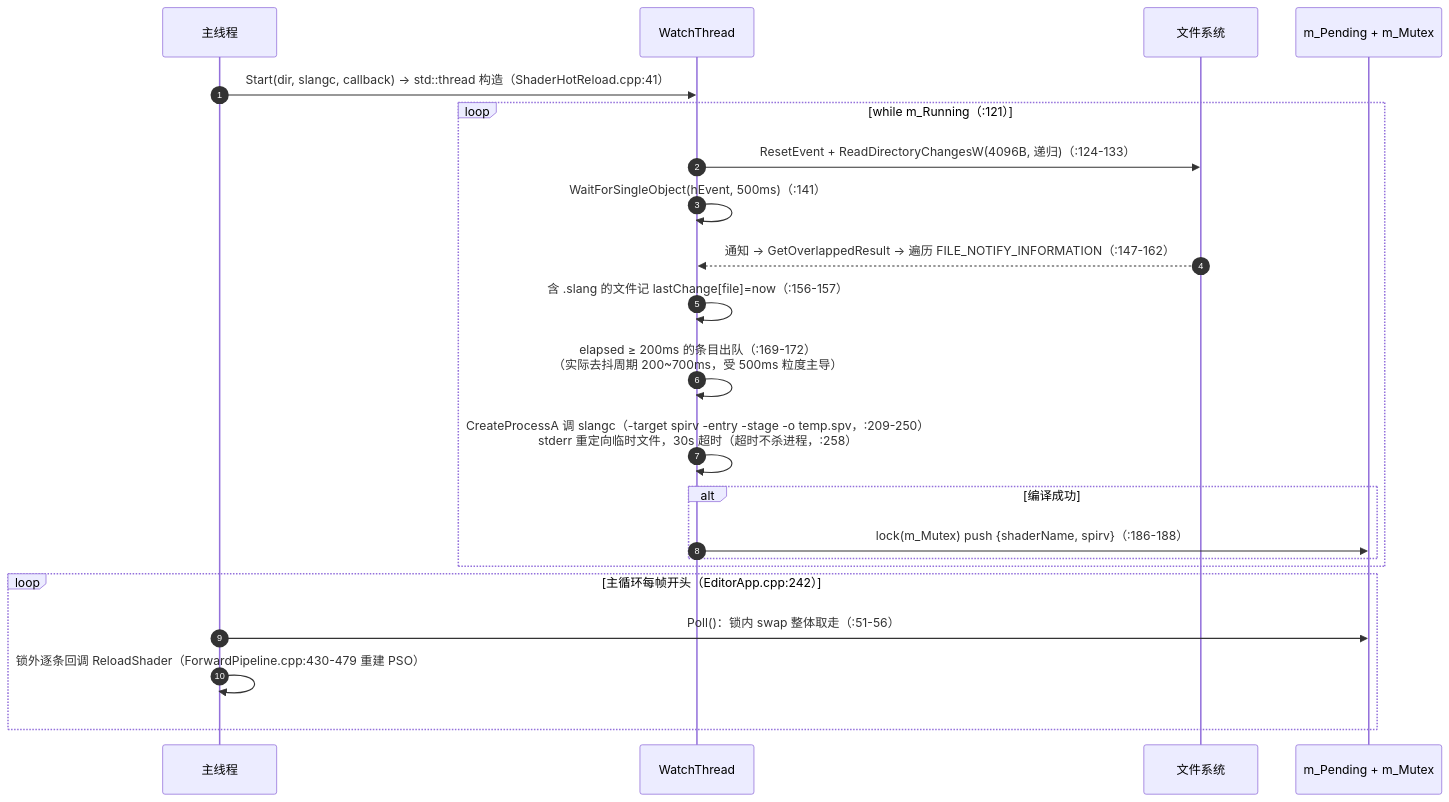
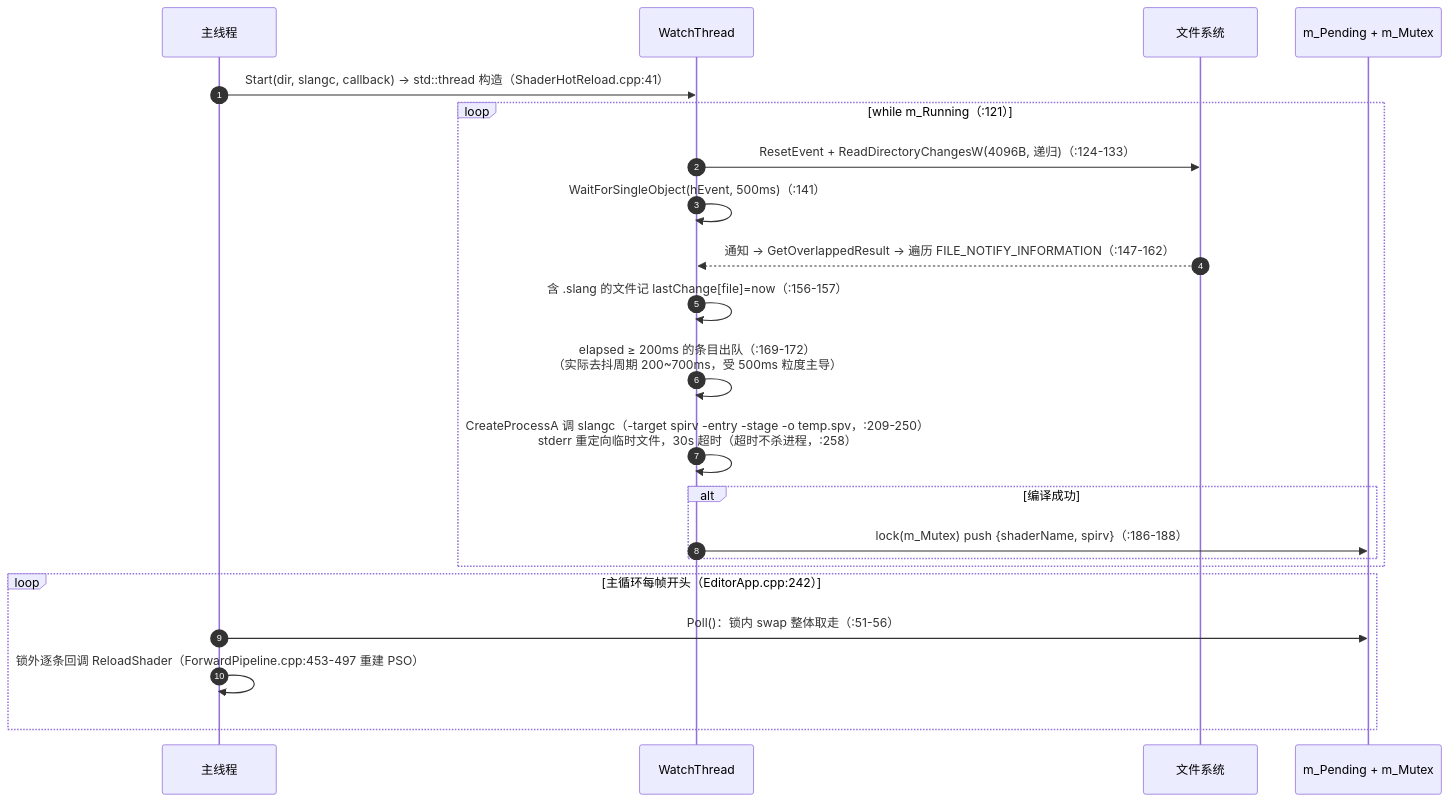
One commit to huguozhu/HugEngine changed the seventh of 7 diagrams in docs/HugEngine引擎介绍/15.多线程架构与渲染实现分析.md. Above: the diagram before and after it, drawn with Mermaid. The commit also changed other lines of this file and 7 other files, not shown here.

````diff
--- a/docs/HugEngine引擎介绍/15.多线程架构与渲染实现分析.md
+++ b/docs/HugEngine引擎介绍/15.多线程架构与渲染实现分析.md
@@ -572,25 +575,25 @@
 ```mermaid
 sequenceDiagram
     autonumber
     participant Main as 主线程
     participant Watch as WatchThread
     participant File as 文件系统
     participant Pending as m_Pending + m_Mutex
 
     Main->>Watch: Start(dir, slangc, callback) → std::thread 构造（ShaderHotReload.cpp:41）
     loop while m_Running（:121）
         Watch->>File: ResetEvent + ReadDirectoryChangesW(4096B, 递归)（:124-133）
         Watch->>Watch: WaitForSingleObject(hEvent, 500ms)（:141）
         File-->>Watch: 通知 → GetOverlappedResult → 遍历 FILE_NOTIFY_INFORMATION（:147-162）
         Watch->>Watch: 含 .slang 的文件记 lastChange[file]=now（:156-157）
         Watch->>Watch: elapsed ≥ 200ms 的条目出队（:169-172）<br/>（实际去抖周期 200~700ms，受 500ms 粒度主导）
         Watch->>Watch: CreateProcessA 调 slangc（-target spirv -entry -stage -o temp.spv，:209-250）<br/>stderr 重定向临时文件，30s 超时（超时不杀进程，:258）
         alt 编译成功
             Watch->>Pending: lock(m_Mutex) push {shaderName, spirv}（:186-188）
         end
     end
     loop 主循环每帧开头（EditorApp.cpp:242）
         Main->>Pending: Poll()：锁内 swap 整体取走（:51-56）
-        Main->>Main: 锁外逐条回调 ReloadShader（ForwardPipeline.cpp:430-479 重建 PSO）
+        Main->>Main: 锁外逐条回调 ReloadShader（ForwardPipeline.cpp:453-497 重建 PSO）
     end
 ```
````
